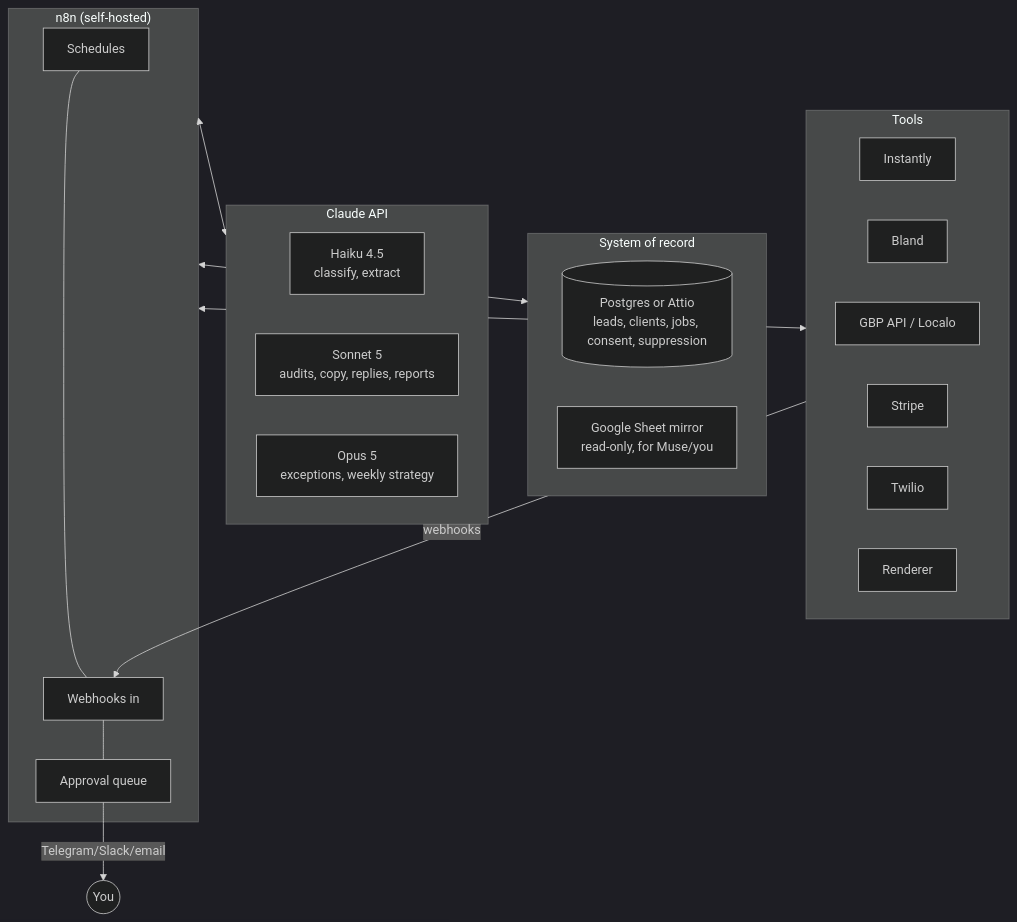
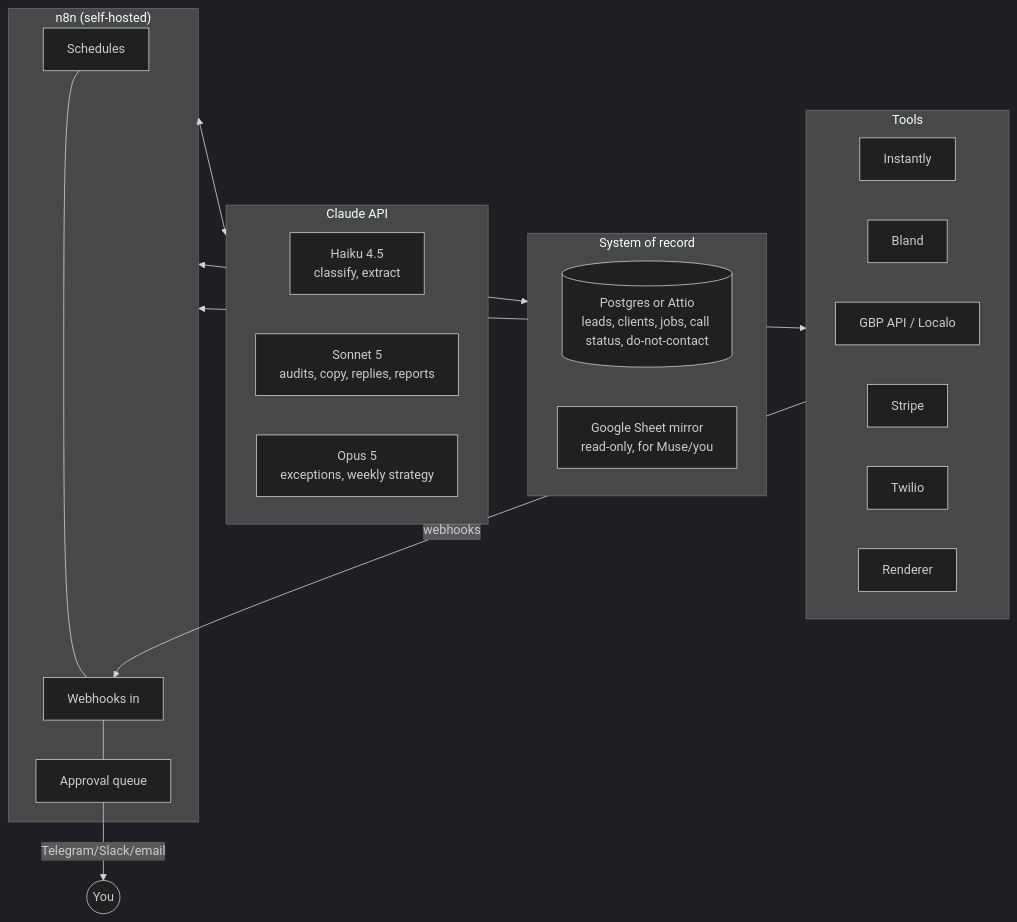
Before and after one commit to Jturlais46/NeoSEO: the diagram in docs/06-ai-operating-model.md, drawn with Mermaid (dark theme). The commit also changed other lines of this file and 49 other files, not shown here.

````diff
--- a/docs/06-ai-operating-model.md
+++ b/docs/06-ai-operating-model.md
@@ -7,28 +7,28 @@
 ```mermaid
 flowchart TB
   subgraph Data["System of record"]
-    DB[(Postgres or Attio<br/>leads, clients, jobs, consent, suppression)]
+    DB[(Postgres or Attio<br/>leads, clients, jobs, call status, do-not-contact)]
     GS[Google Sheet mirror<br/>read-only, for Muse/you]
   end
   subgraph Orchestration["n8n (self-hosted)"]
     W1[Schedules] --- W2[Webhooks in] --- W3[Approval queue]
   end
   subgraph Brains["Claude API"]
     H[Haiku 4.5<br/>classify, extract]
     S[Sonnet 5<br/>audits, copy, replies, reports]
     O[Opus 5<br/>exceptions, weekly strategy]
   end
   subgraph Actuators["Tools"]
     I[Instantly]
     B[Bland]
     G[GBP API / Localo]
     St[Stripe]
     T[Twilio]
     R[Renderer]
   end
   Orchestration <--> Brains
   Orchestration <--> Actuators
   Orchestration <--> Data
   W3 -->|Telegram/Slack/email| You((You))
   Actuators -->|webhooks| W2
 ```
````
